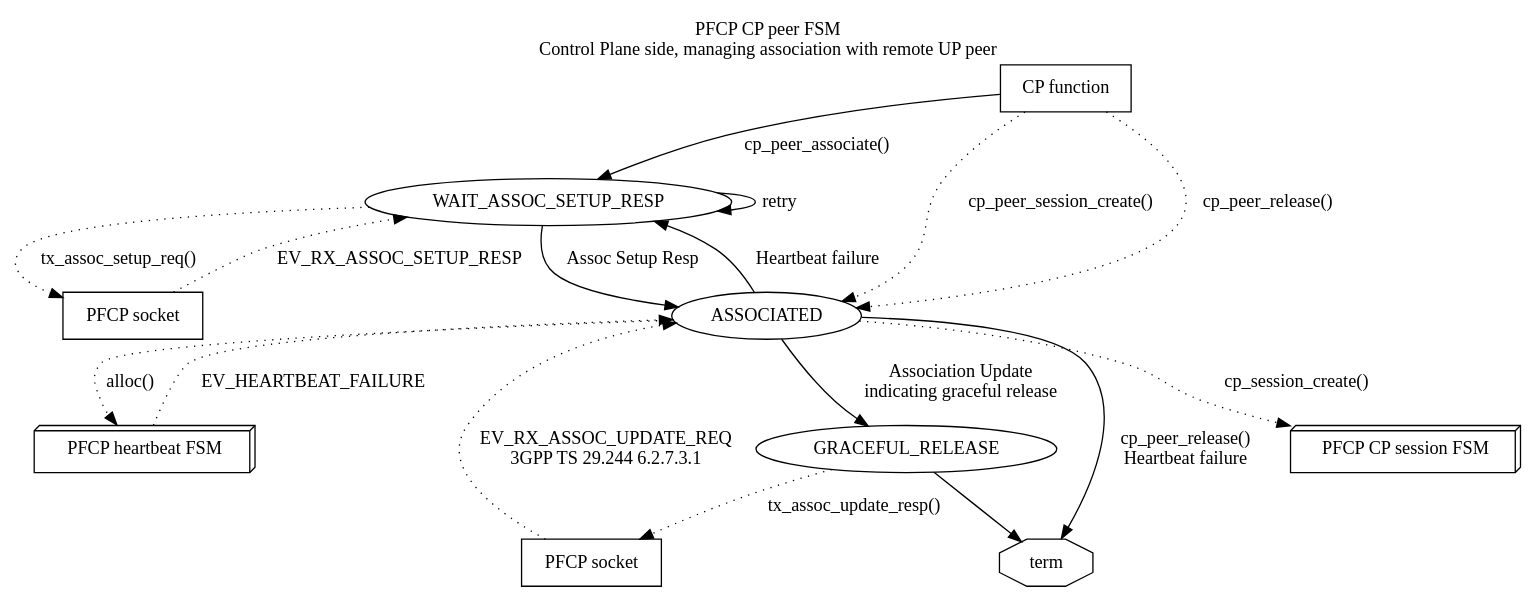
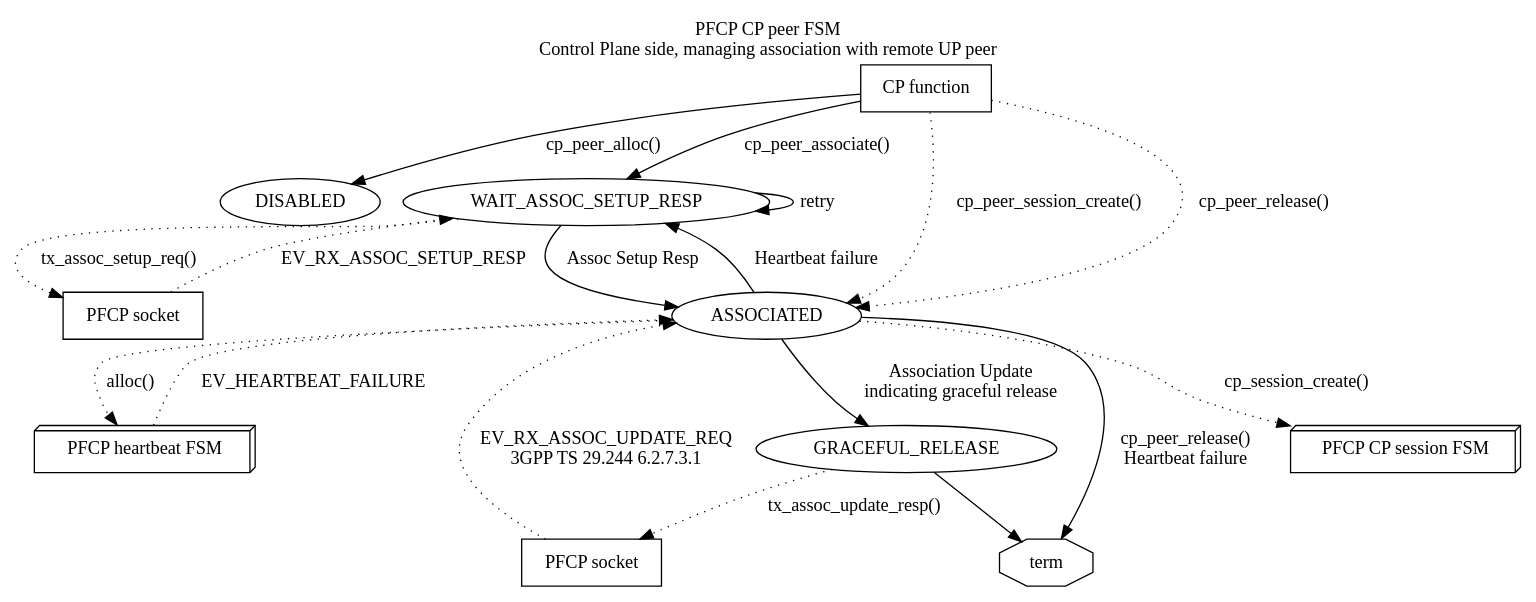
The diagram in doc/charts/pfcp_cp_peer_fsm.dot (osmocom/libosmo-pfcp), drawn with Graphviz before and after one commit.

Commit message:
doc: minor fix in pfcp_cp_peer_fsm.dot

```diff
--- a/doc/charts/pfcp_cp_peer_fsm.dot
+++ b/doc/charts/pfcp_cp_peer_fsm.dot
@@ -1,39 +1,40 @@
 digraph G {
 rankdir=TB
 labelloc=t; label="PFCP CP peer FSM\nControl Plane side, managing association with remote UP peer"
 
 cp [label="CP function",shape="box"]
 
+cp -> DISABLED [label="cp_peer_alloc()"]
 cp -> WAIT_ASSOC_SETUP_RESP [label="cp_peer_associate()"]
 
 txrx [label="PFCP socket",shape="box"]
 WAIT_ASSOC_SETUP_RESP -> txrx [label="tx_assoc_setup_req()",style=dotted]
 txrx -> WAIT_ASSOC_SETUP_RESP [label="EV_RX_ASSOC_SETUP_RESP",style=dotted]
 WAIT_ASSOC_SETUP_RESP -> ASSOCIATED [label="Assoc Setup Resp"]
 
 WAIT_ASSOC_SETUP_RESP -> WAIT_ASSOC_SETUP_RESP [label="retry"]
 
 heartbeat [label="PFCP heartbeat FSM",shape=box3d]
 ASSOCIATED -> heartbeat [label="alloc()",style=dotted]
 heartbeat -> ASSOCIATED [label="EV_HEARTBEAT_FAILURE",style=dotted]
 
 txrx2 [label="PFCP socket",shape="box"]
 txrx2 -> ASSOCIATED [label="EV_RX_ASSOC_UPDATE_REQ\n3GPP TS 29.244 6.2.7.3.1",style=dotted]
 GRACEFUL_RELEASE -> txrx2 [label="tx_assoc_update_resp()",style=dotted]
 
 cp_session [label="PFCP CP session FSM",shape=box3d]
 cp -> ASSOCIATED [label="cp_peer_session_create()",style=dotted]
 ASSOCIATED -> cp_session [label="cp_session_create()",style=dotted]
 cp -> cp_session [style=invisible,arrowhead=none]
 
 ASSOCIATED -> GRACEFUL_RELEASE [label="Association Update\nindicating graceful release"]
 
 cp -> ASSOCIATED [label="cp_peer_release()",style=dotted]
 ASSOCIATED -> term [label="cp_peer_release()\nHeartbeat failure"]
 
 ASSOCIATED -> WAIT_ASSOC_SETUP_RESP [label="Heartbeat failure"]
 
 GRACEFUL_RELEASE -> term
 term [shape="octagon"]
 
 }
```
